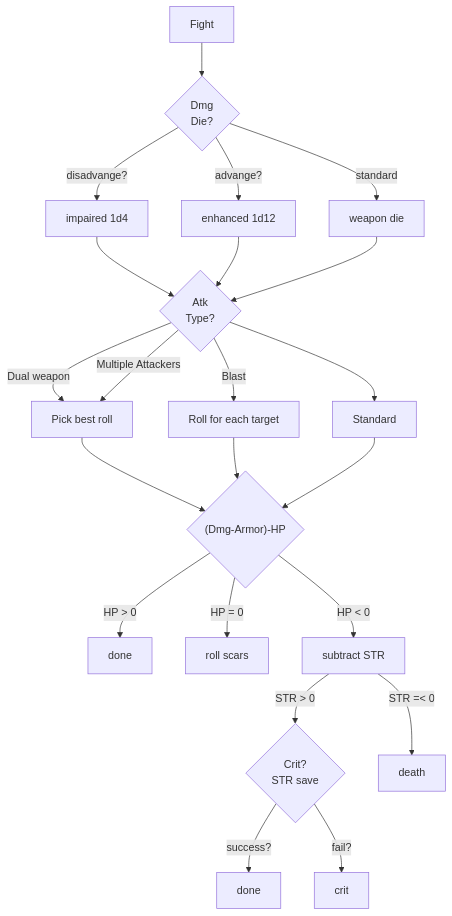
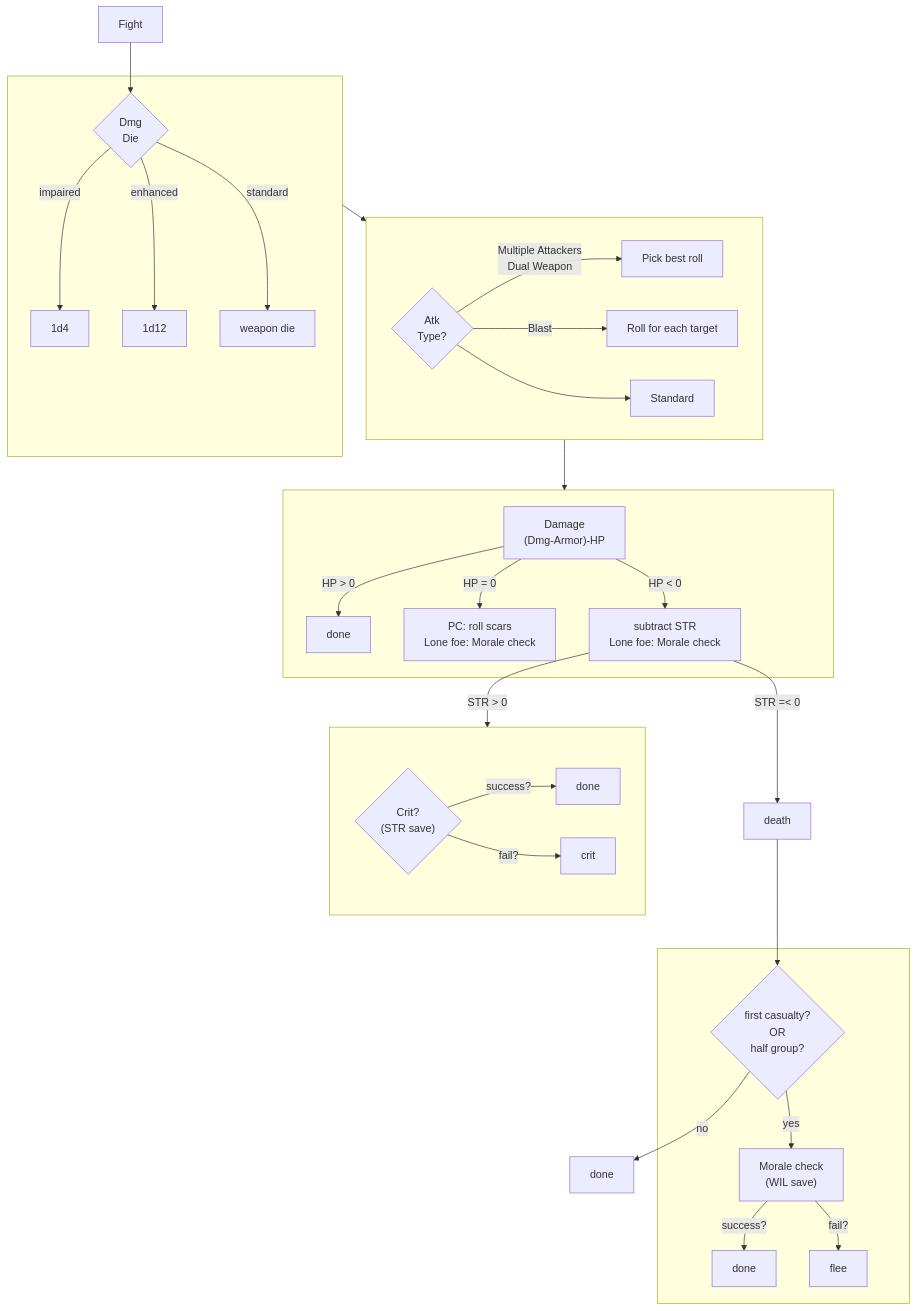
Before and after one commit to Italian-Translation-Alliance/cairn-ita: the diagram in generator.md, drawn with Mermaid.

````diff
--- a/generator.md
+++ b/generator.md
@@ -5,26 +5,40 @@
 ```mermaid
 
-graph TD
-    E[Fight] --> G{Dmg<br>Die?}
-    G -->|disadvange?| H[impaired 1d4]
-    G -->|advange?| I[enhanced 1d12]
+flowchart TD
+    E[Fight] --> G{Dmg<br>Die}
+    subgraph one [" "]
+    G -->|impaired| H[1d4]
+    G -->|enhanced| I[1d12]
     G -->|standard| L[weapon die]
-    H --> M{Atk<br>Type?}
-    I --> M
-    L --> M  
-    M -->|Dual weapon| N[Pick best roll]
-    M -->|Multiple Attackers| N
+    end
+    one --> two
+    subgraph two  [" "]
+    M{Atk<br>Type?}
+    M -->|Multiple Attackers<br>Dual Weapon| N[Pick best roll]
     M -->|Blast| P[Roll for each target]
     M -->Q[Standard]
-    N --> R{"#40;Dmg-Armor#41;-HP"} 
-    P --> R
-    Q --> R
+    end
+    subgraph three [" "]
+    R["Damage<br>#40;Dmg-Armor#41;-HP"]
     R --> |HP > 0| S[done]
-    R --> |HP = 0| T[roll scars]
-    R --> |HP < 0| U[subtract STR]
-    U --> |STR > 0| W{Crit?<br>STR save}
-    U --> |STR =< 0| Z[death]
+    R --> |HP = 0| T[PC: roll scars<br>Lone foe: Morale check]
+    R --> |HP < 0| U[subtract STR<br>Lone foe: Morale check]
+    end
+    two --> three
+    subgraph four [" "]
+    W{"Crit?<br>#40;STR save#41;"}
     W --> |success?| 1["done"]
     W --> |fail?| 2["crit"]
+    end
+    U --> |STR > 0| four
+    U --> |STR =< 0| Z[death]
+    Z --> 3{first casualty?<br>OR<br>half group?}
+    subgraph five [" "]
+    3 --> |yes| 4["Morale check<br>#40;WIL save#41;"]
+    4 --> |success?| 6["done"]
+    4 --> |fail?| 7["flee"]
+    end
+    3 --> |no| 5[done]
+ classDef default text-align:center
    
 ```
````
